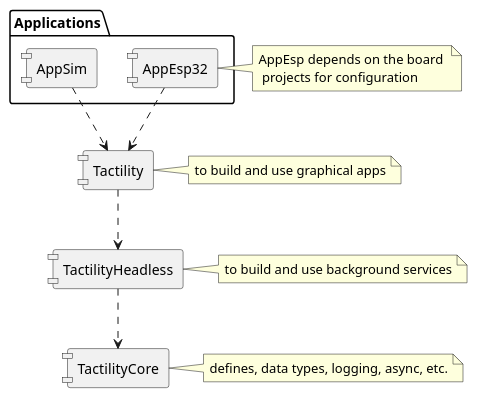
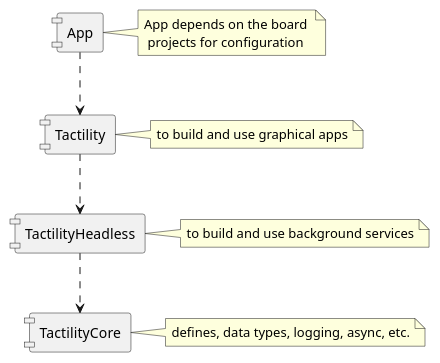
Before and after one commit to ByteWelder/Tactility: the diagram in Documentation/project-structure.puml, drawn with PlantUML. The commit also changed 26 other files, not shown here.

Commit message:
Unified AppEsp and AppSim into a single App module (#94)

```diff
--- a/Documentation/project-structure.puml
+++ b/Documentation/project-structure.puml
@@ -1,23 +1,19 @@
 @startuml
 skinparam componentStyle uml1
 
 [Tactility] as t
 note right of t : to build and use graphical apps
 [TactilityHeadless] as theadless
 note right of theadless : to build and use background services
 [TactilityCore] as tcore
 note right of tcore : defines, data types, logging, async, etc.
 
-package "Applications" {
-  [AppSim] as appsim
-  [AppEsp32] as appesp
-}
+[App] as app
 
-note right of appesp : AppEsp depends on the board \n projects for configuration
+note right of app : App depends on the board \n projects for configuration
 
+[app] ..> [t]
 [t] ..> [theadless]
 [theadless] ..> [tcore]
-[appsim] ..> [t]
-[appesp] ..> [t]
 
 @enduml
```
